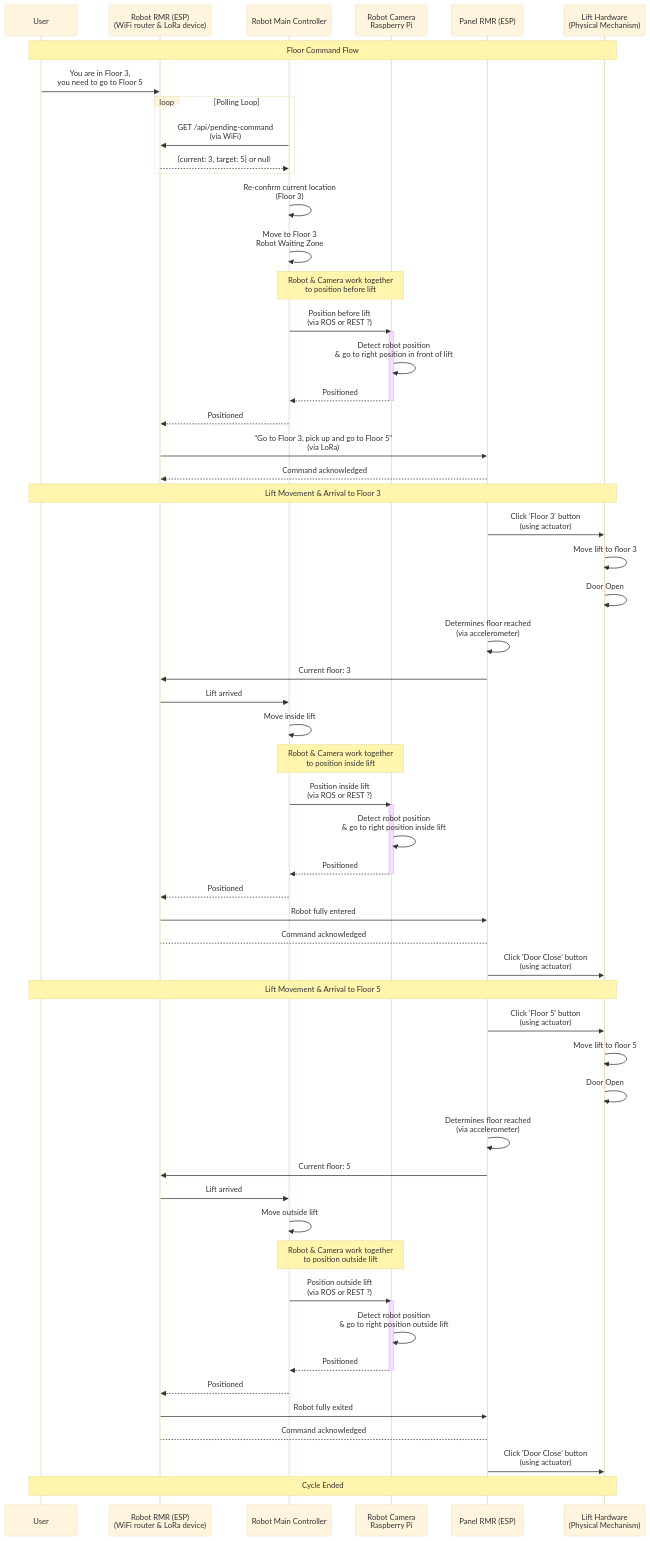
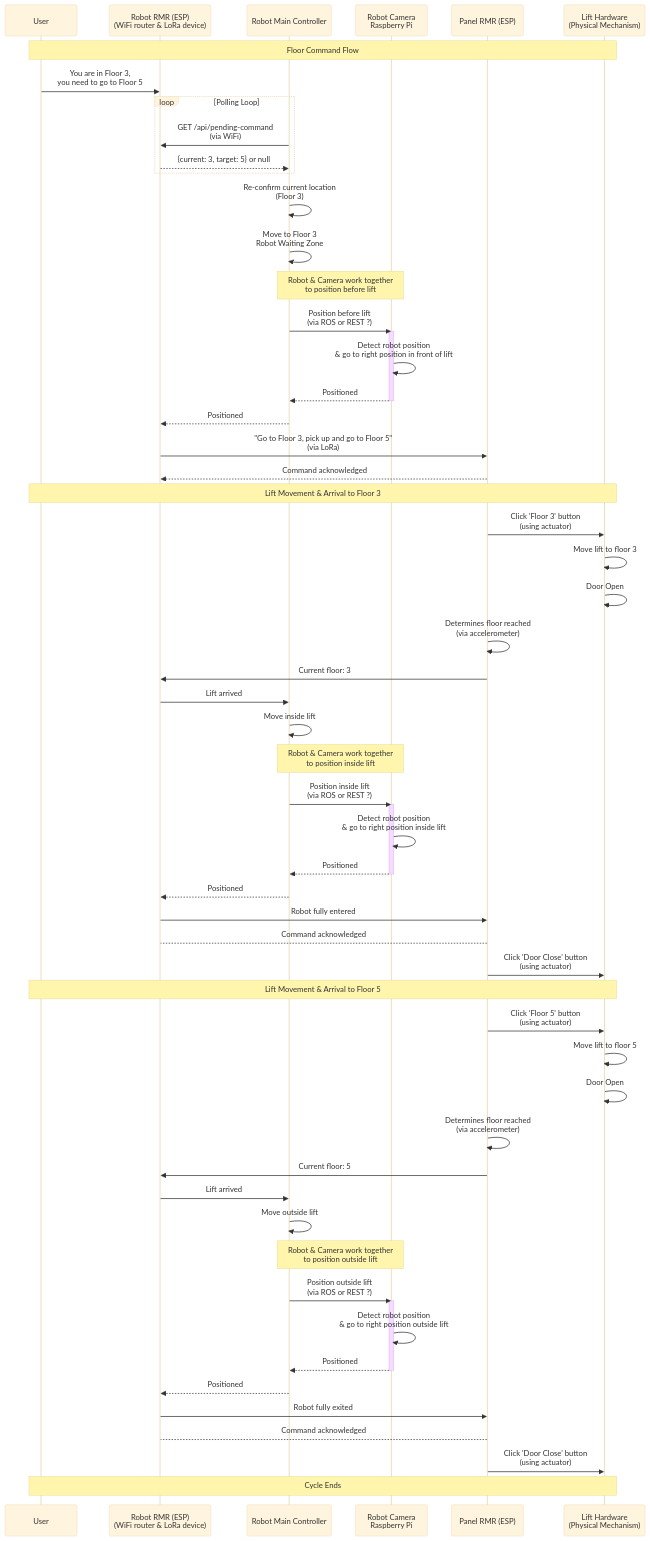
One commit to in-is-ah/rmr changed the second of 2 diagrams in sequence_diagram.md. Above: the diagram before and after it, drawn with Mermaid (base theme).

````diff
--- a/sequence_diagram.md
+++ b/sequence_diagram.md
@@ -33,68 +33,68 @@
 ```mermaid
 sequenceDiagram
     participant User
     participant ClientPi as Robot RMR (ESP)<br/>(WiFi router & LoRa device)
     participant RobotMainController as Robot Main Controller
     participant CameraModule as Robot Camera<br/>Raspberry Pi
     participant LiftService as Panel RMR (ESP)
     participant LiftHardware as Lift Hardware<br/>(Physical Mechanism)
 
     Note over User,LiftHardware: Floor Command Flow
     User->>ClientPi: You are in Floor 3,<br/>you need to go to Floor 5
     loop Polling Loop
         RobotMainController->>ClientPi: GET /api/pending-command<br/>(via WiFi)
         ClientPi-->>RobotMainController: {current: 3, target: 5} or null
     end
     RobotMainController->>RobotMainController: Re-confirm current location<br/>(Floor 3)
     RobotMainController->>RobotMainController: Move to Floor 3<br/>Robot Waiting Zone
     Note over RobotMainController,CameraModule: Robot & Camera work together<br/>to position before lift
     RobotMainController->>CameraModule: Position before lift<br/>(via ROS or REST ?)
     activate CameraModule
     CameraModule->>CameraModule: Detect robot position<br/>& go to right position in front of lift
     CameraModule-->>RobotMainController: Positioned
     deactivate CameraModule
     RobotMainController-->>ClientPi: Positioned
     ClientPi->>LiftService: "Go to Floor 3, pick up and go to Floor 5"<br/>(via LoRa)
     LiftService-->>ClientPi: Command acknowledged
     
     Note over User,LiftHardware: Lift Movement & Arrival to Floor 3
     LiftService->>LiftHardware: Click 'Floor 3' button<br/>(using actuator)
     LiftHardware->>LiftHardware: Move lift to floor 3
     LiftHardware->>LiftHardware: Door Open
     LiftService->>LiftService: Determines floor reached<br/>(via accelerometer)
     LiftService->>ClientPi: Current floor: 3
     ClientPi->>RobotMainController: Lift arrived
     RobotMainController->>RobotMainController: Move inside lift
     Note over RobotMainController,CameraModule: Robot & Camera work together<br/>to position inside lift
     RobotMainController->>CameraModule: Position inside lift<br/>(via ROS or REST ?)
     activate CameraModule
     CameraModule->>CameraModule: Detect robot position<br/>& go to right position inside lift
     CameraModule-->>RobotMainController: Positioned
     deactivate CameraModule
     RobotMainController-->>ClientPi: Positioned
     ClientPi->>LiftService: Robot fully entered
     LiftService-->ClientPi: Command acknowledged
     LiftService->>LiftHardware: Click 'Door Close' button<br/>(using actuator)
 
     Note over User,LiftHardware: Lift Movement & Arrival to Floor 5
     LiftService->>LiftHardware: Click 'Floor 5' button<br/>(using actuator)
     LiftHardware->>LiftHardware: Move lift to floor 5
     LiftHardware->>LiftHardware: Door Open
     LiftService->>LiftService: Determines floor reached<br/>(via accelerometer)
     LiftService->>ClientPi: Current floor: 5
     ClientPi->>RobotMainController: Lift arrived
     RobotMainController->>RobotMainController: Move outside lift
     Note over RobotMainController,CameraModule: Robot & Camera work together<br/>to position outside lift
     RobotMainController->>CameraModule: Position outside lift<br/>(via ROS or REST ?)
     activate CameraModule
     CameraModule->>CameraModule: Detect robot position<br/>& go to right position outside lift
     CameraModule-->>RobotMainController: Positioned
     deactivate CameraModule
     RobotMainController-->>ClientPi: Positioned
     ClientPi->>LiftService: Robot fully exited
     LiftService-->ClientPi: Command acknowledged
     LiftService->>LiftHardware: Click 'Door Close' button<br/>(using actuator)
     
-    Note over User,LiftHardware: Cycle Ended
+    Note over User,LiftHardware: Cycle Ends
     
 ```
````
